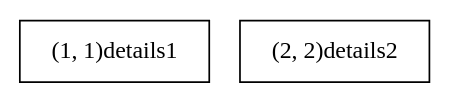
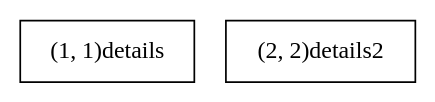
The diagram in Phase1/reports/Logs.dot (marcosbondel/EDD_1S2025_202202410), drawn with Graphviz before and after one commit. The commit also changed 9 other files, not shown here.

```diff
--- a/Phase1/reports/Logs.dot
+++ b/Phase1/reports/Logs.dot
@@ -1,8 +1,8 @@
 digraph G {
     node [shape=record];
     rankdir=TB;
     node_1_1 [label="(1, 1)
-details1"];
+details"];
     node_2_2 [label="(2, 2)
 details2"];
 }
```
